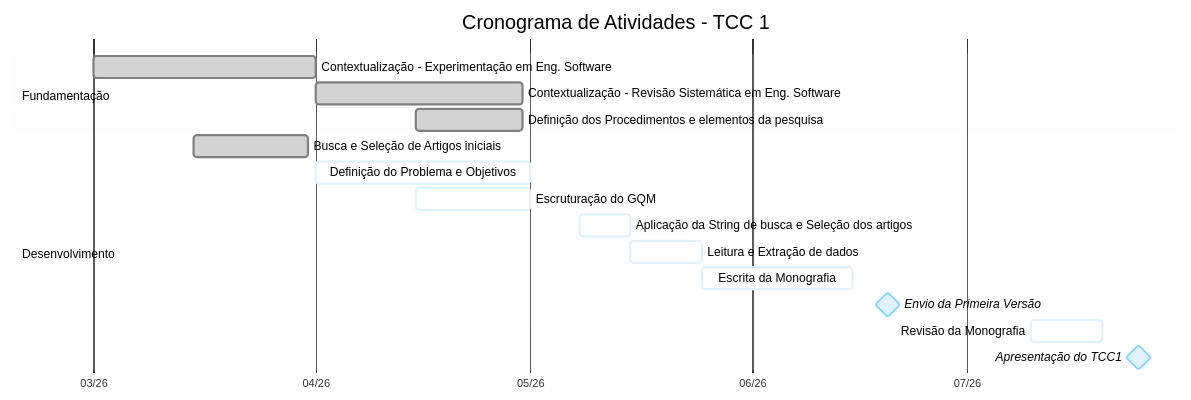
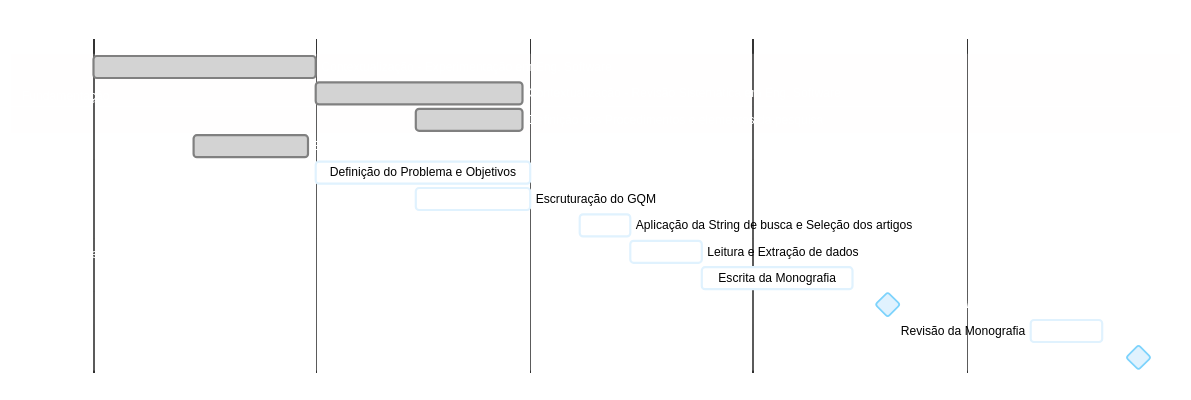
Before and after one commit to storch7/TCC_gstorch: the diagram in CRONOGRAMA.md, drawn with Mermaid.

Commit message:
Readequação do gantt

````diff
--- a/CRONOGRAMA.md
+++ b/CRONOGRAMA.md
@@ -9,23 +9,23 @@
 ```mermaid
-%%{init: { 'theme': 'base', 'themeVariables': { 'primaryColor': '#e0f2fe', 'primaryBorderColor': '#7dd3fc', 'primaryTextColor': '#000000', 'taskTextDarkColor': '#000000', 'taskTextLightColor': '#000000', 'taskTextOutsideColor': '#000000', 'titleColor': '#000000', 'textColor': '#000000', 'gridColor': '#94a3b8' } }}%%
+%%{init: { 'theme': 'base', 'themeVariables': { 'primaryColor': '#e0f2fe', 'primaryBorderColor': '#7dd3fc', 'primaryTextColor': '#ffffff', 'taskTextDarkColor': '#000000', 'taskTextLightColor': '#000000', 'taskTextOutsideColor': '#ffffff', 'titleColor': '#ffffff', 'textColor': '#ffffff', 'gridColor': '#94a3b8' } }}%%
 gantt
     title Cronograma de Atividades - TCC 1
     dateFormat  YYYY-MM-DD
     axisFormat  %m/%y
     
     section Fundamentação
     Contextualização - Experimentação em Eng. Software     :done, a1, 2026-03-01, 2026-04-01
     Contextualização - Revisão Sistemática em Eng. Software     :done, a2, 2026-04-01, 2026-04-30
     Definição dos Procedimentos e elementos da pesquisa   :done, a3, 2026-04-15, 2026-04-30
 
     section Desenvolvimento
     Busca e Seleção de Artigos iniciais           :done, b1, 2026-03-15, 2026-03-31
     Definição do Problema e Objetivos    :active, b2, 2026-04-01, 2026-05-01
     Escruturação do GQM                  :active, b3, 2026-04-15, 2026-05-01
     Aplicação da String de busca e Seleção dos artigos          :active, c1, 2026-05-08, 2026-05-15
     Leitura e Extração de dados                     :active, c2, 2026-05-15, 2026-05-25
     Escrita da Monografia                :active, c3, 2026-05-25, 2026-06-15
     Envio da Primeira Versão             :milestone, m1, 2026-06-20, 0d
     Revisão da Monografia          :active, c4, 2026-07-10, 2026-07-20
     Apresentação do TCC1                 :milestone, m2, 2026-07-25, 0d
 ```
````
